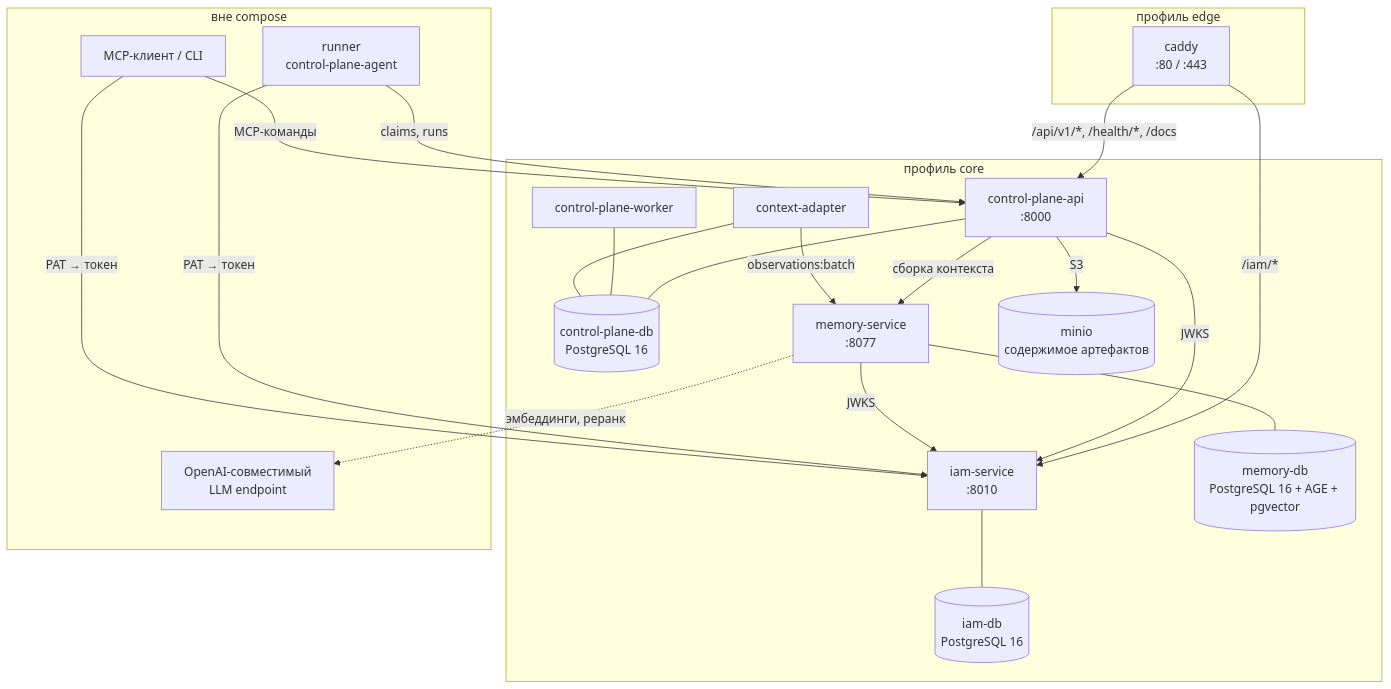
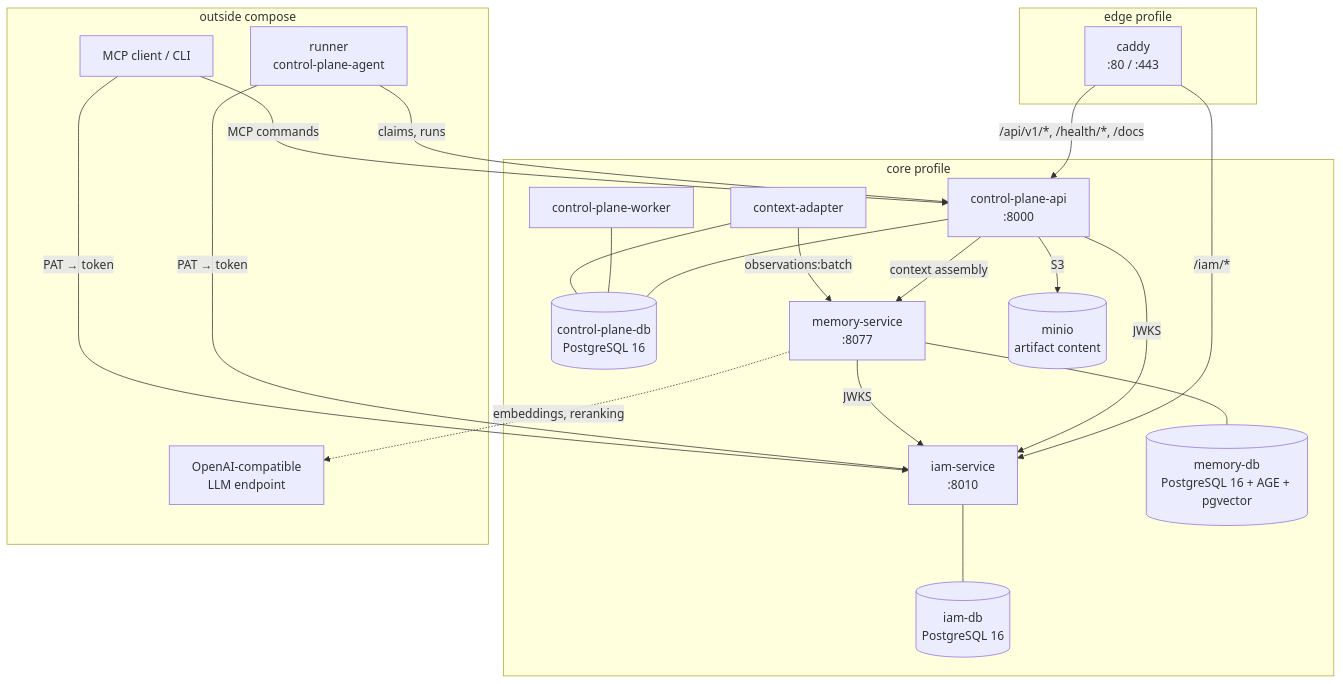
One commit to monthu56/taimen changed the first of 5 diagrams in guide/docs/overview/architecture.md. Above: the diagram before and after it, drawn with Mermaid. The commit also changed other lines of this file and 183 other files, not shown here.

````diff
--- a/guide/docs/overview/architecture.md
+++ b/guide/docs/overview/architecture.md
@@ -25,45 +26,45 @@
 ```mermaid
 flowchart TB
-    subgraph edge["профиль edge"]
+    subgraph edge["edge profile"]
         CADDY[caddy<br/>:80 / :443]
     end
 
-    subgraph core["профиль core"]
+    subgraph core["core profile"]
         IAM[iam-service<br/>:8010]
         IAMDB[(iam-db<br/>PostgreSQL 16)]
         CPAPI[control-plane-api<br/>:8000]
         CPW[control-plane-worker]
         CTX[context-adapter]
         CPDB[(control-plane-db<br/>PostgreSQL 16)]
         MEM[memory-service<br/>:8077]
         MEMDB[(memory-db<br/>PostgreSQL 16 + AGE + pgvector)]
-        MINIO[(minio<br/>содержимое артефактов)]
+        MINIO[(minio<br/>artifact content)]
     end
 
-    subgraph ext["вне compose"]
+    subgraph ext["outside compose"]
         RUNNER[runner<br/>control-plane-agent]
-        HARNESS[MCP-клиент / CLI]
-        LLM[OpenAI-совместимый<br/>LLM endpoint]
+        HARNESS[MCP client / CLI]
+        LLM[OpenAI-compatible<br/>LLM endpoint]
     end
 
     CADDY -->|/iam/*| IAM
     CADDY -->|/api/v1/*, /health/*, /docs| CPAPI
 
     IAM --- IAMDB
     CPAPI --- CPDB
     CPW --- CPDB
     CTX --- CPDB
     MEM --- MEMDB
     CPAPI -->|S3| MINIO
 
     CPAPI -->|JWKS| IAM
-    CPAPI -->|сборка контекста| MEM
+    CPAPI -->|context assembly| MEM
     CTX -->|observations:batch| MEM
     MEM -->|JWKS| IAM
-    MEM -.->|эмбеддинги, реранк| LLM
+    MEM -.->|"embeddings, reranking"| LLM
 
-    RUNNER -->|PAT → токен| IAM
+    RUNNER -->|PAT → token| IAM
     RUNNER -->|claims, runs| CPAPI
-    HARNESS -->|PAT → токен| IAM
-    HARNESS -->|MCP-команды| CPAPI
+    HARNESS -->|PAT → token| IAM
+    HARNESS -->|MCP commands| CPAPI
 ```
````
